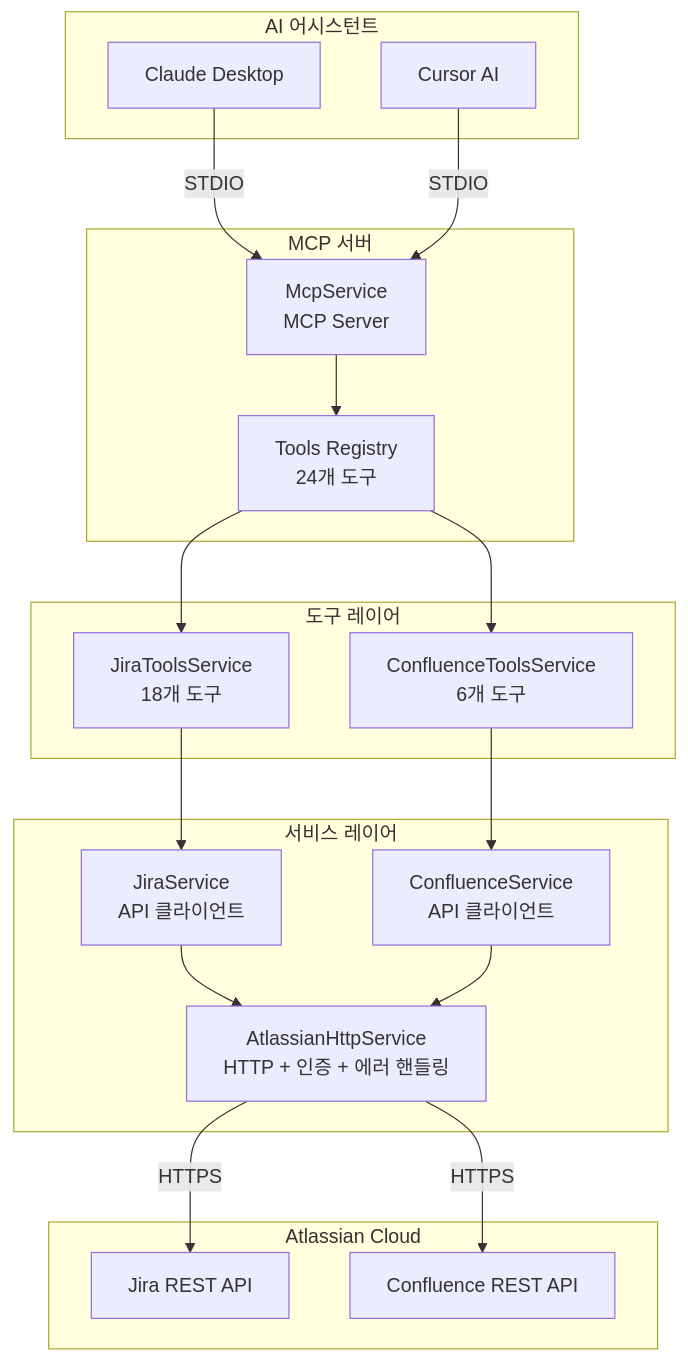
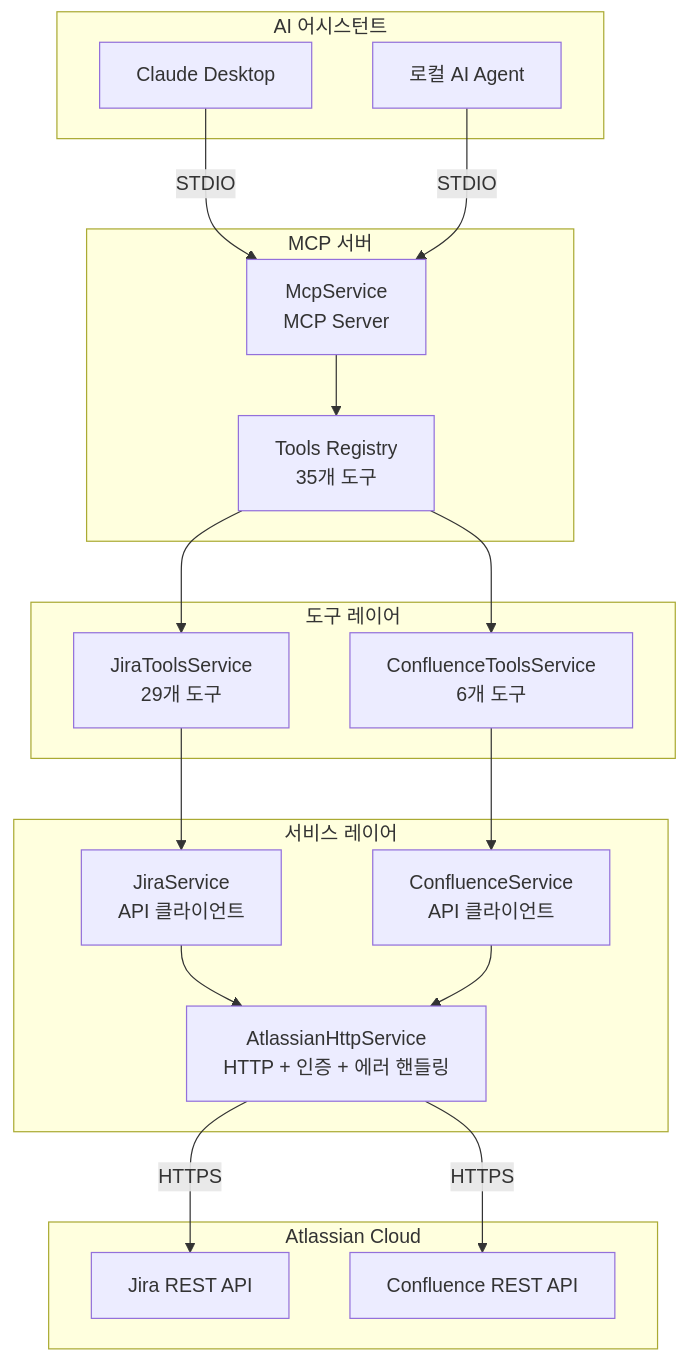
Before and after one commit to dfassf/mcp-server-atlassian: the diagram in README.md, drawn with Mermaid. The commit also changed other lines of this file, not shown here.

````diff
--- a/README.md
+++ b/README.md
@@ -183,40 +204,40 @@
 ```mermaid
 graph TB
     subgraph "AI 어시스턴트"
         Claude[Claude Desktop]
-        Cursor[Cursor AI]
+        LocalAI[로컬 AI Agent]
     end
     
     subgraph "MCP 서버"
         MCP[McpService<br/>MCP Server]
-        Tools[Tools Registry<br/>24개 도구]
+        Tools[Tools Registry<br/>35개 도구]
     end
     
     subgraph "도구 레이어"
-        JiraTools[JiraToolsService<br/>18개 도구]
+        JiraTools[JiraToolsService<br/>29개 도구]
         ConfluenceTools[ConfluenceToolsService<br/>6개 도구]
     end
     
     subgraph "서비스 레이어"
         JiraService[JiraService<br/>API 클라이언트]
         ConfluenceService[ConfluenceService<br/>API 클라이언트]
         HttpService[AtlassianHttpService<br/>HTTP + 인증 + 에러 핸들링]
     end
     
     subgraph "Atlassian Cloud"
         JiraAPI[Jira REST API]
         ConfluenceAPI[Confluence REST API]
     end
     
     Claude -->|STDIO| MCP
-    Cursor -->|STDIO| MCP
+    LocalAI -->|STDIO| MCP
     MCP --> Tools
     Tools --> JiraTools
     Tools --> ConfluenceTools
     JiraTools --> JiraService
     ConfluenceTools --> ConfluenceService
     JiraService --> HttpService
     ConfluenceService --> HttpService
     HttpService -->|HTTPS| JiraAPI
     HttpService -->|HTTPS| ConfluenceAPI
 ```
````
